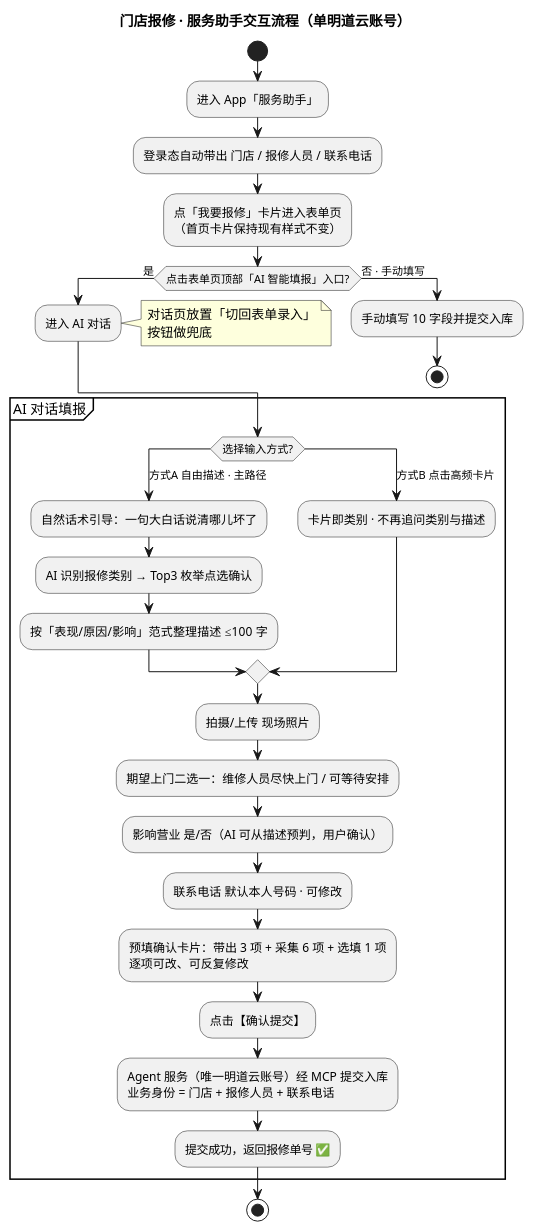
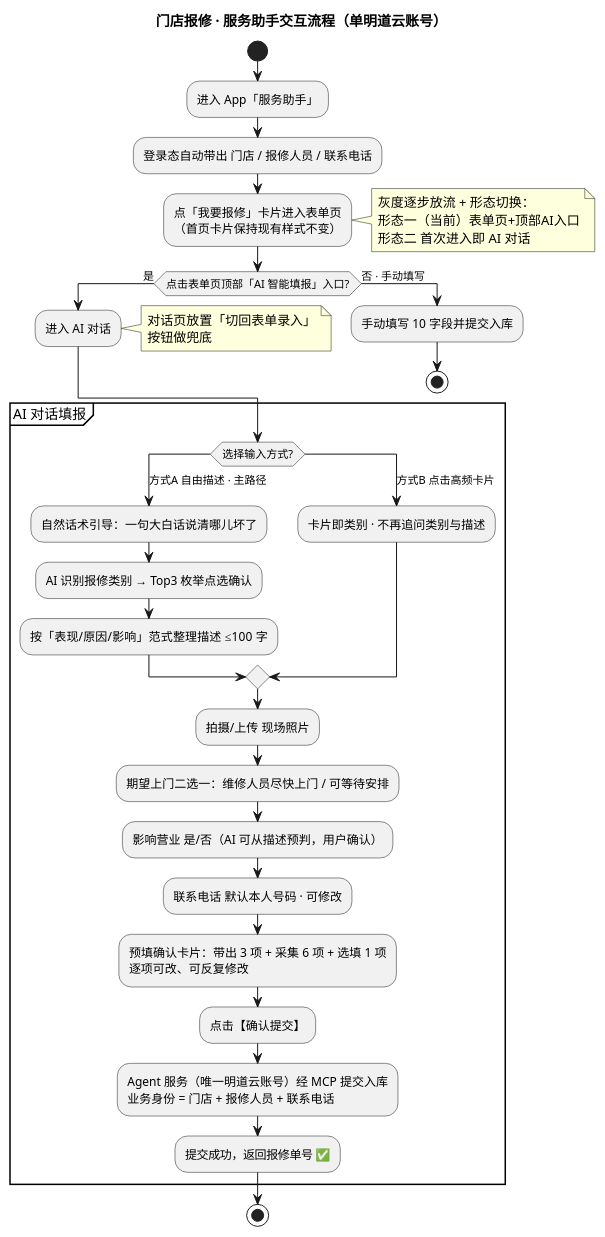
One commit to bai876939716/my_doc changed the diagram in src/main/hotmaxx/需求点/输入优化/prd/final4/产品交互流程图.puml. Above: the diagram before and after it, drawn with PlantUML. The commit also changed 1 other file, not shown here.

```diff
--- a/src/main/hotmaxx/需求点/输入优化/prd/final4/产品交互流程图.puml
+++ b/src/main/hotmaxx/需求点/输入优化/prd/final4/产品交互流程图.puml
@@ -1,42 +1,47 @@
 @startuml 产品交互流程图
 title 门店报修 · 服务助手交互流程（单明道云账号）
 
 start
 :进入 App「服务助手」;
 :登录态自动带出 门店 / 报修人员 / 联系电话;
 :点「我要报修」卡片进入表单页
 （首页卡片保持现有样式不变）;
+note right
+  灰度逐步放流 + 形态切换：
+  形态一（当前）表单页+顶部AI入口
+  形态二 首次进入即 AI 对话
+end note
 
 if (点击表单页顶部「AI 智能填报」入口?) then (是)
   :进入 AI 对话;
   note right
     对话页放置「切回表单录入」
     按钮做兜底
   end note
 else (否 · 手动填写)
   :手动填写 10 字段并提交入库;
   stop
 endif
 
 partition "AI 对话填报" {
   switch (选择输入方式?)
   case (方式A 自由描述 · 主路径)
     :自然话术引导：一句大白话说清哪儿坏了;
     :AI 识别报修类别 → Top3 枚举点选确认;
     :按「表现/原因/影响」范式整理描述 ≤100 字;
   case (方式B 点击高频卡片)
     :卡片即类别 · 不再追问类别与描述;
   endswitch
   :拍摄/上传 现场照片;
   :期望上门二选一：维修人员尽快上门 / 可等待安排;
   :影响营业 是/否（AI 可从描述预判，用户确认）;
   :联系电话 默认本人号码 · 可修改;
   :预填确认卡片：带出 3 项 + 采集 6 项 + 选填 1 项
   逐项可改、可反复修改;
   :点击【确认提交】;
   :Agent 服务（唯一明道云账号）经 MCP 提交入库
   业务身份 = 门店 + 报修人员 + 联系电话;
   :提交成功，返回报修单号 ✅;
 }
 stop
 @enduml
```
